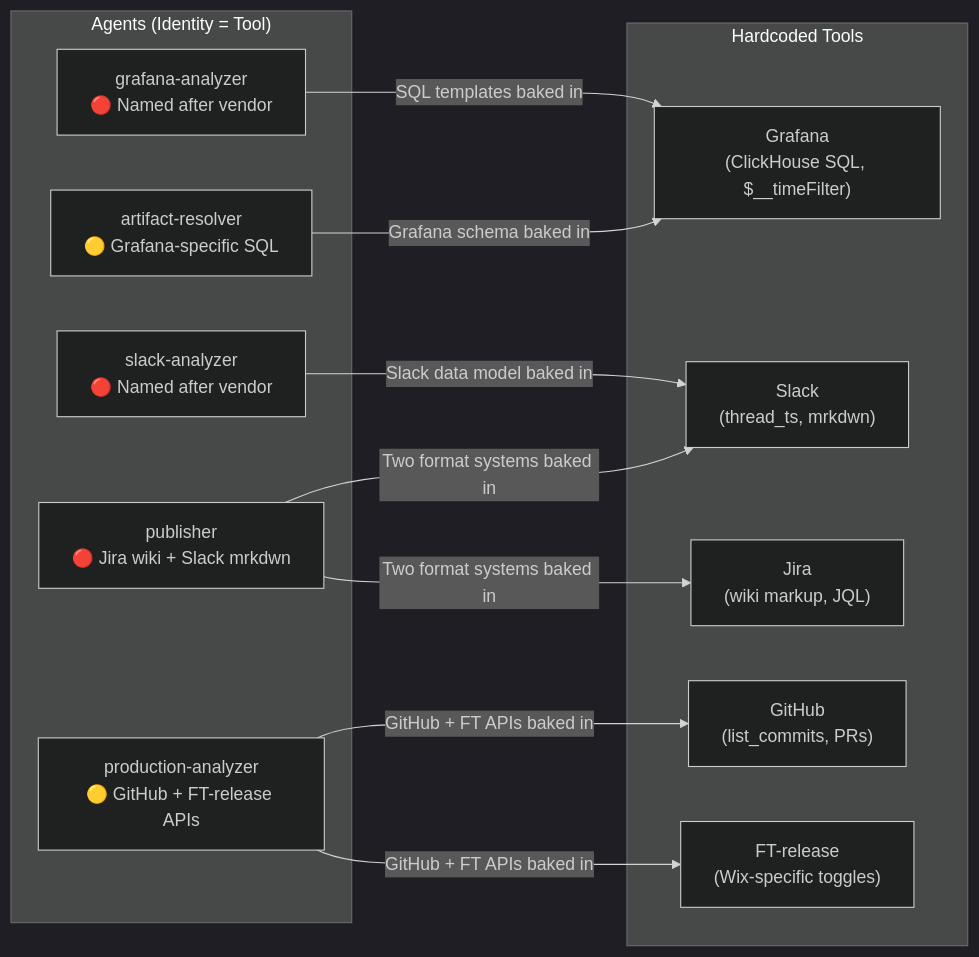
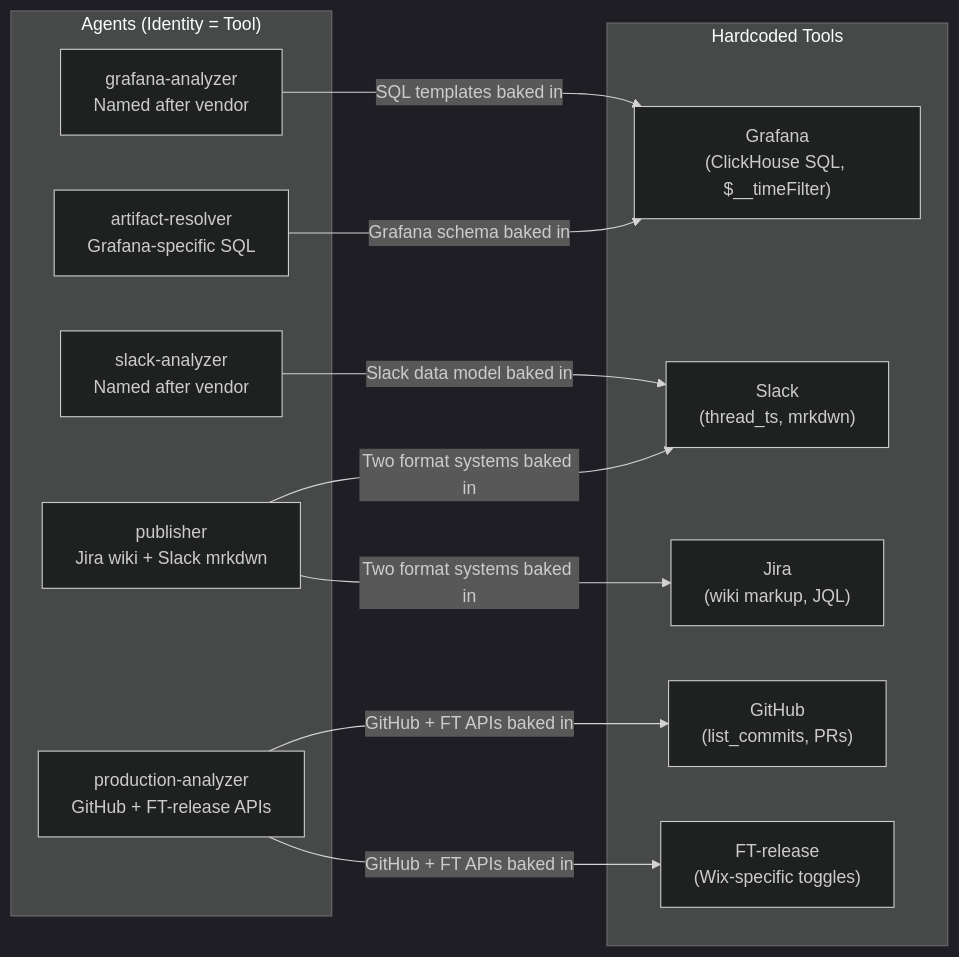
One commit to TamirCohen-Wix/production-master changed the first of 9 diagrams in design-docs/05-capability-abstraction-layer.md. Above: the diagram before and after it, drawn with Mermaid (dark theme). The commit also changed other lines of this file and 1 other file, not shown here.

Commit message:
docs: add PR plan with agent instruction prompts, fix mermaid nesting in doc 05
- Create design-docs/06-pr-plan.md: 35 PRs across 6 phases + capability
  abstraction track, each with detailed agent instruction prompts for
  autonomous implementation
- Fix nested code fence issue in 05-capability-abstraction-layer.md
  (inner ```sql closed outer ```markdown prematurely)
- Restore <br/> syntax in mermaid diagram node labels

````diff
--- a/design-docs/05-capability-abstraction-layer.md
+++ b/design-docs/05-capability-abstraction-layer.md
@@ -42,24 +42,24 @@
 ```mermaid
 graph LR
     subgraph AGENTS["Agents (Identity = Tool)"]
-        GA["grafana-analyzer<br/>🔴 Named after vendor"]
-        SA["slack-analyzer<br/>🔴 Named after vendor"]
-        AR["artifact-resolver<br/>🟡 Grafana-specific SQL"]
-        PA["production-analyzer<br/>🟡 GitHub + FT-release APIs"]
-        PB["publisher<br/>🔴 Jira wiki + Slack mrkdwn"]
+        GA["grafana-analyzer<br/>Named after vendor"]
+        SA["slack-analyzer<br/>Named after vendor"]
+        AR["artifact-resolver<br/>Grafana-specific SQL"]
+        PA["production-analyzer<br/>GitHub + FT-release APIs"]
+        PB["publisher<br/>Jira wiki + Slack mrkdwn"]
     end
 
     subgraph TOOLS["Hardcoded Tools"]
         GF["Grafana<br/>(ClickHouse SQL, $__timeFilter)"]
         SL["Slack<br/>(thread_ts, mrkdwn)"]
         JI["Jira<br/>(wiki markup, JQL)"]
         GH["GitHub<br/>(list_commits, PRs)"]
         FT["FT-release<br/>(Wix-specific toggles)"]
     end
 
     GA --> |"SQL templates baked in"| GF
     SA --> |"Slack data model baked in"| SL
     AR --> |"Grafana schema baked in"| GF
     PA --> |"GitHub + FT APIs baked in"| GH & FT
     PB --> |"Two format systems baked in"| JI & SL
 ```
````
